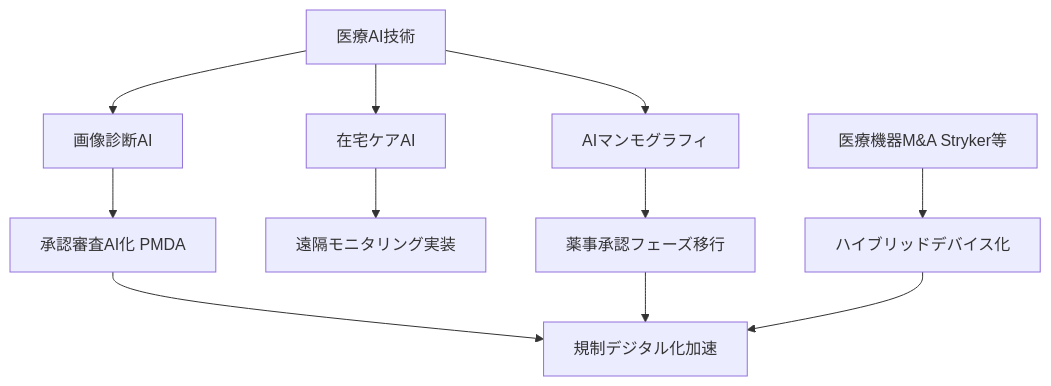
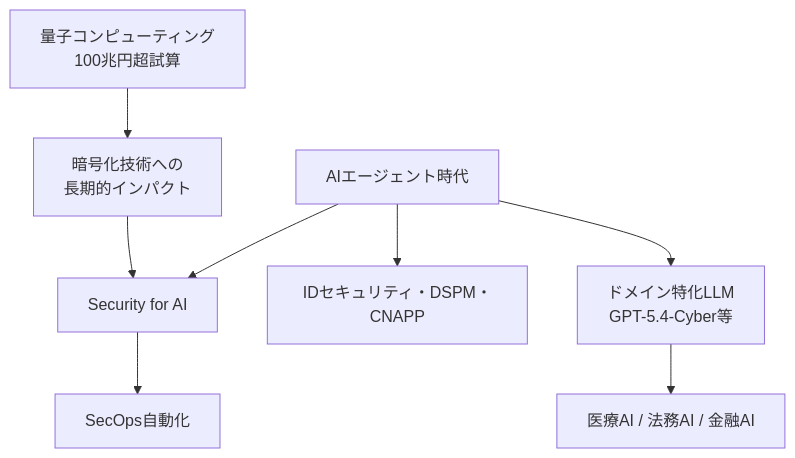
Before and after one commit to AtsushiSaito1980/trend-report: the third of 3 diagrams in workspace/outputs/tech_analysis.md, drawn with Mermaid. The commit also changed other lines of this file, not shown here.

````diff
--- a/workspace/outputs/tech_analysis.md
+++ b/workspace/outputs/tech_analysis.md
@@ -51,13 +59,10 @@
 ```mermaid
 graph TD
-  A[医療AI技術] --> B[画像診断AI]
-  A --> C[在宅ケアAI]
-  A --> D[AIマンモグラフィ]
-  B --> E[承認審査AI化 PMDA]
-  C --> F[遠隔モニタリング実装]
-  D --> G[薬事承認フェーズ移行]
-  E --> H[規制デジタル化加速]
-  G --> H
-  I[医療機器M&A Stryker等] --> J[ハイブリッドデバイス化]
-  J --> H
+  A[AIエージェント時代] --> B[Security for AI]
+  A --> C[IDセキュリティ・DSPM・CNAPP]
+  A --> D[ドメイン特化LLM\nGPT-5.4-Cyber等]
+  D --> E[医療AI / 法務AI / 金融AI]
+  B --> F[SecOps自動化]
+  G[量子コンピューティング\n100兆円超試算] --> H[暗号化技術への\n長期的インパクト]
+  H --> B
 ```
````
